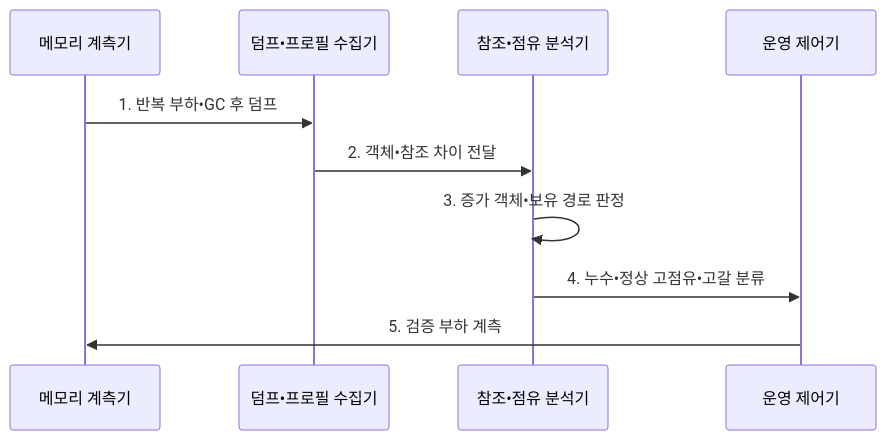
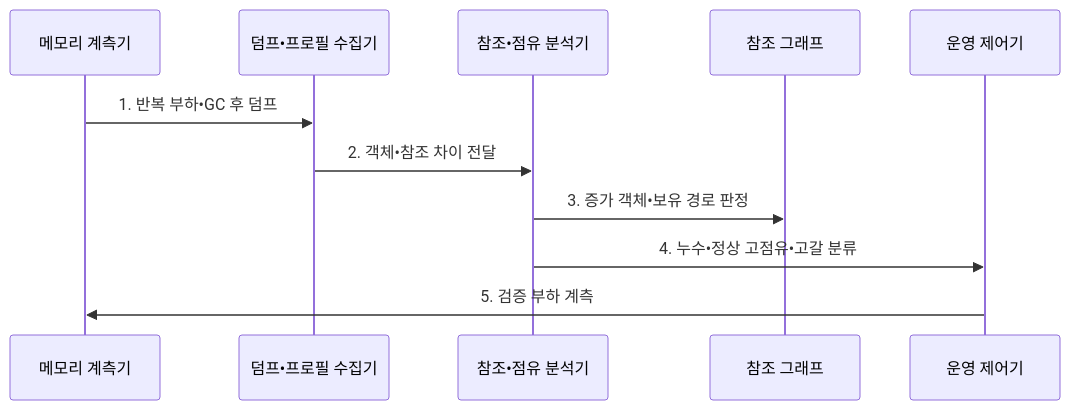
Before and after one commit to agnusdei1207/knowledge-base: the second of 2 diagrams in src/content/docs/notes/03-software/211_memory_leak_heap_overflow.md, drawn with Mermaid. The commit also changed other lines of this file and 14 other files, not shown here.

````diff
--- a/src/content/docs/notes/03-software/211_memory_leak_heap_overflow.md
+++ b/src/content/docs/notes/03-software/211_memory_leak_heap_overflow.md
@@ -108,12 +108,13 @@
 ```mermaid
 sequenceDiagram
     participant M as 메모리 계측기
     participant C as 덤프•프로필 수집기
     participant A as 참조•점유 분석기
+    participant R as 참조 그래프
     participant O as 운영 제어기
     M->>C: 1. 반복 부하•GC 후 덤프
     C->>A: 2. 객체•참조 차이 전달
-    A->>A: 3. 증가 객체•보유 경로 판정
+    A->>R: 3. 증가 객체•보유 경로 판정
     A->>O: 4. 누수•정상 고점유•고갈 분류
     O->>M: 5. 검증 부하 계측
 ```
````
